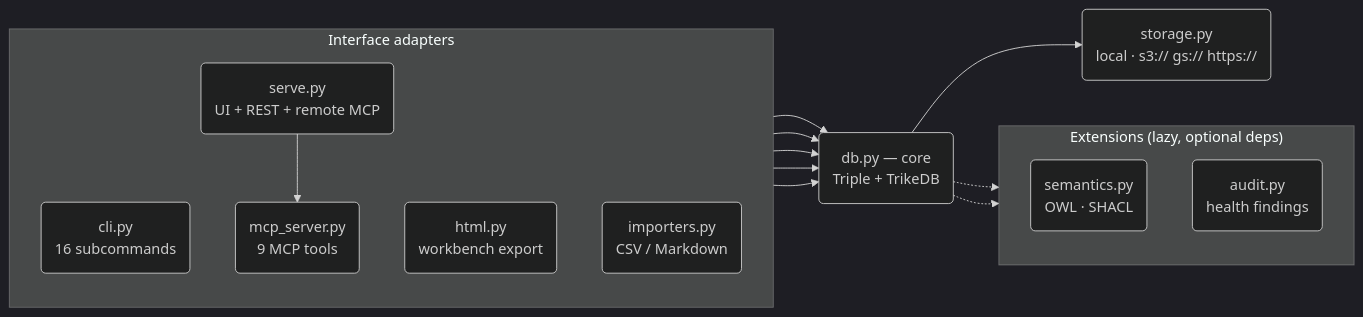
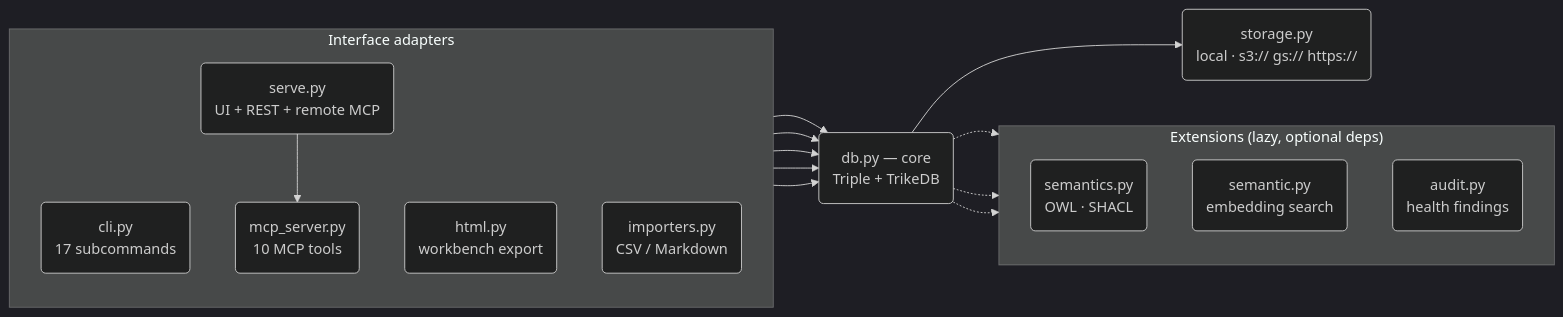
The diagram in docs/ARCHITECTURE.md (RyutoYoda/trikedb), drawn with Mermaid (dark theme) before and after one commit. The commit also changed other lines of this file and 2 other files, not shown here.

Commit message:
docs: catch ARCHITECTURE up to 0.13 (semantic.py, 10 tools, 17 subcommands); document the agent read cascade (search -> sparql -> read) in REFERENCE en/jp

````diff
--- a/docs/ARCHITECTURE.md
+++ b/docs/ARCHITECTURE.md
@@ -6,31 +6,33 @@
 ```mermaid
 flowchart LR
     subgraph adapters["Interface adapters"]
         direction TB
-        CLI("cli.py<br/>16 subcommands")
-        MCP("mcp_server.py<br/>9 MCP tools")
+        CLI("cli.py<br/>17 subcommands")
+        MCP("mcp_server.py<br/>10 MCP tools")
         SERVE("serve.py<br/>UI + REST + remote MCP")
         HTML("html.py<br/>workbench export")
         IMP("importers.py<br/>CSV / Markdown")
     end
 
     CORE("db.py — core<br/>Triple + TrikeDB")
 
     subgraph ext["Extensions (lazy, optional deps)"]
         direction TB
         SEM("semantics.py<br/>OWL · SHACL")
+        EMB("semantic.py<br/>embedding search")
         AUD("audit.py<br/>health findings")
     end
 
     STORE("storage.py<br/>local · s3:// gs:// https://")
 
     SERVE --> MCP
     CLI --> CORE
     MCP --> CORE
     SERVE --> CORE
     HTML --> CORE
     IMP --> CORE
     CORE --> STORE
     CORE -.-> SEM
+    CORE -.-> EMB
     CORE -.-> AUD
 ```
````
